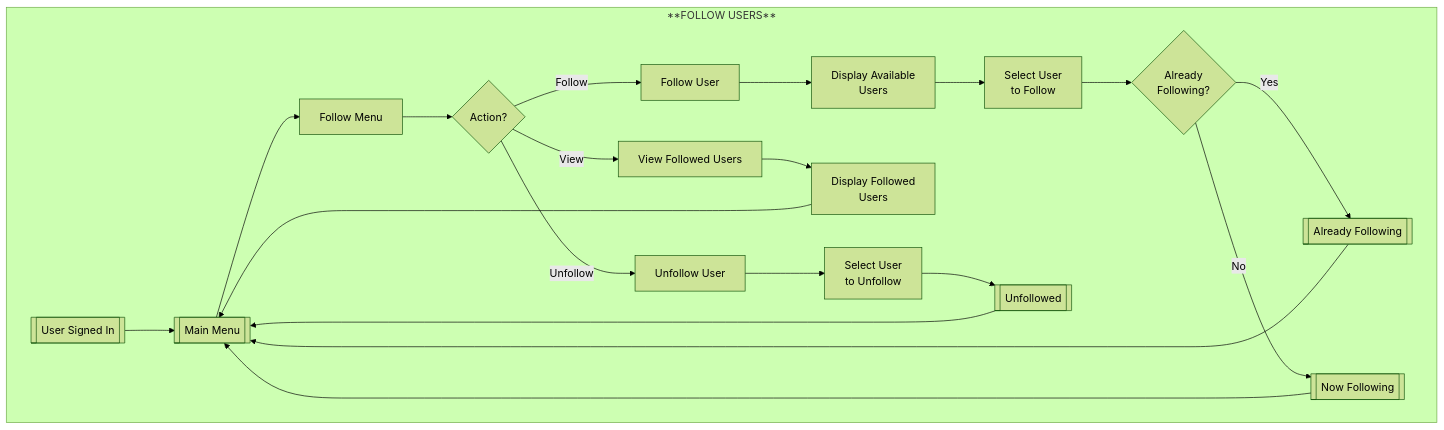
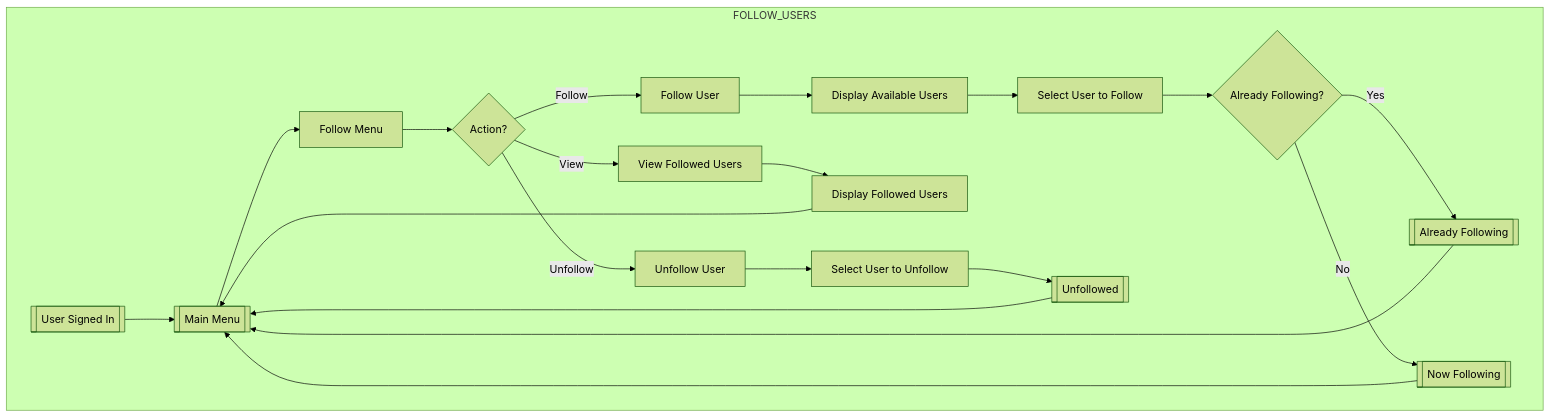
Before and after one commit to mahinabdullah04/CycleTracker: the fifth of 6 diagrams in README.md, drawn with Mermaid (forest theme). The commit also changed other lines of this file, not shown here.

````diff
--- a/README.md
+++ b/README.md
@@ -231,45 +231,45 @@
 ```mermaid
 flowchart
-  subgraph **FOLLOW USERS**
+  subgraph FOLLOW_USERS
     start[[User Signed In]]
     menu[[Main Menu]]
     followMenu[Follow Menu]
     action{Action?}
-    
+
     follow[Follow User]
-    listUsers[Display Available<br/>Users]
-    selectUser[Select User<br/>to Follow]
-    checkFollowing{Already<br/>Following?}
+    listUsers[Display Available Users]
+    selectUser[Select User to Follow]
+    checkFollowing{Already Following?}
     followSuccess[[Now Following]]
     alreadyFollowing[[Already Following]]
-    
+
     view[View Followed Users]
-    listFollowed[Display Followed<br/>Users]
-    
+    listFollowed[Display Followed Users]
+
     unfollow[Unfollow User]
-    selectUnfollow[Select User<br/>to Unfollow]
+    selectUnfollow[Select User to Unfollow]
     unfollowSuccess[[Unfollowed]]
-    
+
     start --> menu
     menu --> followMenu
     followMenu --> action
-    
+
     action -->|Follow| follow
     follow --> listUsers
     listUsers --> selectUser
     selectUser --> checkFollowing
     checkFollowing -->|Yes| alreadyFollowing
     checkFollowing -->|No| followSuccess
     alreadyFollowing --> menu
     followSuccess --> menu
-    
+
     action -->|View| view
     view --> listFollowed
     listFollowed --> menu
-    
+
     action -->|Unfollow| unfollow
     unfollow --> selectUnfollow
     selectUnfollow --> unfollowSuccess
     unfollowSuccess --> menu
   end
 ```
````
